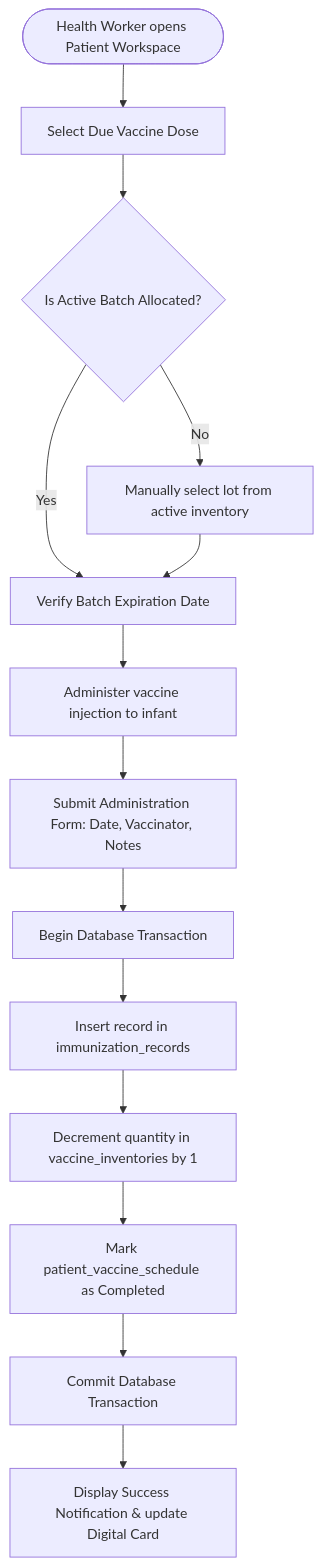
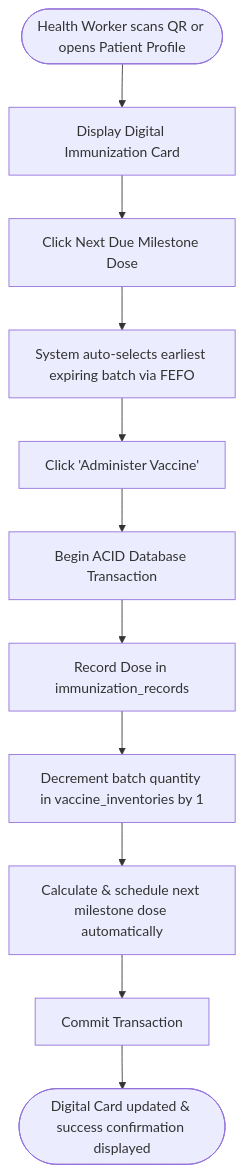
The sixth of 6 diagrams in docs/diagrams/erd_and_workflows.md (int40pix/BugoImmunization), drawn with Mermaid before and after one commit. The commit also changed other lines of this file and 94 other files, not shown here.

````diff
--- a/docs/diagrams/erd_and_workflows.md
+++ b/docs/diagrams/erd_and_workflows.md
@@ -115,16 +187,13 @@
 ```mermaid
 flowchart TD
-    Start([Health Worker opens Patient Workspace]) --> SelectDose[Select Due Vaccine Dose]
-    SelectDose --> CheckBatch{Is Active Batch Allocated?}
-    CheckBatch -- Yes --> VerifyExpiry[Verify Batch Expiration Date]
-    CheckBatch -- No --> ManualSelect[Manually select lot from active inventory]
-    ManualSelect --> VerifyExpiry
-    VerifyExpiry --> Administer[Administer vaccine injection to infant]
-    Administer --> RecordForm[Submit Administration Form: Date, Vaccinator, Notes]
-    RecordForm --> DBTransaction[Begin Database Transaction]
-    DBTransaction --> SaveRecord[Insert record in immunization_records]
-    SaveRecord --> DeductStock[Decrement quantity in vaccine_inventories by 1]
-    DeductStock --> UpdateSchedule[Mark patient_vaccine_schedule as Completed]
-    UpdateSchedule --> CommitTransaction[Commit Database Transaction]
-    CommitTransaction --> SuccessToast[Display Success Notification & update Digital Card]
+    Start([Health Worker scans QR or opens Patient Profile]) --> ViewCard[Display Digital Immunization Card]
+    ViewCard --> SelectDose[Click Next Due Milestone Dose]
+    SelectDose --> FEFOPick[System auto-selects earliest expiring batch via FEFO]
+    FEFOPick --> AdministerClick[Click 'Administer Vaccine']
+    AdministerClick --> DBTransaction[Begin ACID Database Transaction]
+    DBTransaction --> SaveDose[Record Dose in immunization_records]
+    SaveDose --> DeductStock[Decrement batch quantity in vaccine_inventories by 1]
+    DeductStock --> CalcNext[Calculate & schedule next milestone dose automatically]
+    CalcNext --> CommitDB[Commit Transaction]
+    CommitDB --> Done([Digital Card updated & success confirmation displayed])
 ```
````
